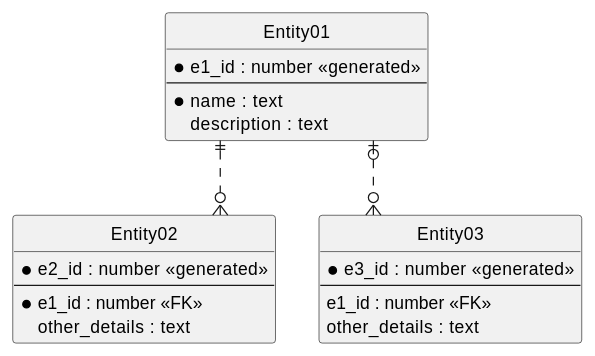
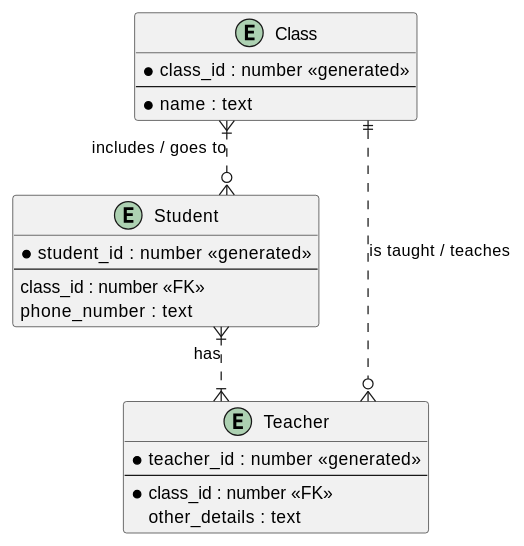
One commit to jraygauthier/jrg-slides-plantuml changed the first of 8 diagrams in slides-06-types-non-uml.fr.md. Above: the diagram before and after it, drawn with PlantUML. The commit also changed 1 other file, not shown here.

Commit message:
Finalized the slides

````diff
--- a/slides-06-types-non-uml.fr.md
+++ b/slides-06-types-non-uml.fr.md
@@ -8,35 +8,29 @@
 ```{.plantuml .column-split}
 @startuml
-
-' hide the spot
-hide circle
-
-' avoid problems with angled crows feet
 skinparam linetype ortho
 
-entity "Entity01" as e01 {
-  *e1_id : number <<generated>>
+entity "Class" as e_class {
+  *class_id : number <<generated>>
   --
   *name : text
-  description : text
 }
 
-entity "Entity02" as e02 {
-  *e2_id : number <<generated>>
+entity "Student" as e_student {
+  *student_id : number <<generated>>
   --
-  *e1_id : number <<FK>>
+  class_id : number <<FK>>
+  phone_number : text
+}
+
+entity "Teacher" as e_teacher {
+  *teacher_id : number <<generated>>
+  --
+  *class_id : number <<FK>>
   other_details : text
 }
 
-entity "Entity03" as e03 {
-  *e3_id : number <<generated>>
-  --
-  e1_id : number <<FK>>
-  other_details : text
-}
-
-e01 ||..o{ e02
-e01 |o..o{ e03
-
+e_class }|..o{ e_student: includes / goes to
+e_class ||..o{ e_teacher: is taught / teaches
+e_student }|..|{ e_teacher: has
 @enduml
 ```
````
